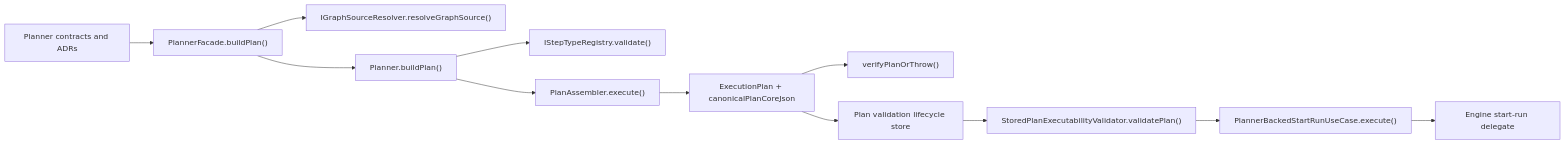
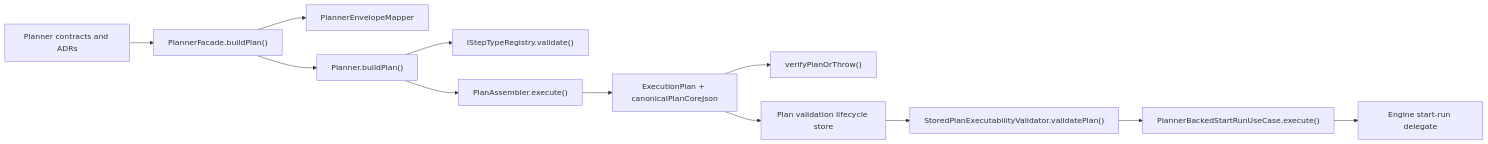
The first of 3 diagrams in docs/planning/status/planner-current-state-assessment.md (dunay2/dvt), drawn with Mermaid before and after one commit. The commit also changed other lines of this file and 46 other files, not shown here.

Commit message:
refactor(planner): Hard-cut runtime ingress to canonical graphSource

````diff
--- a/docs/planning/status/planner-current-state-assessment.md
+++ b/docs/planning/status/planner-current-state-assessment.md
@@ -54,14 +54,14 @@
 ```mermaid
 flowchart LR
     Contracts["Planner contracts and ADRs"] --> Facade["PlannerFacade.buildPlan()"]
-    Facade --> Resolver["IGraphSourceResolver.resolveGraphSource()"]
+    Facade --> Mapper["PlannerEnvelopeMapper"]
     Facade --> Core["Planner.buildPlan()"]
     Core --> Registry["IStepTypeRegistry.validate()"]
     Core --> Assembler["PlanAssembler.execute()"]
     Assembler --> Plan["ExecutionPlan + canonicalPlanCoreJson"]
     Plan --> Verifier["verifyPlanOrThrow()"]
     Plan --> Store["Plan validation lifecycle store"]
     Store --> Admission["StoredPlanExecutabilityValidator.validatePlan()"]
     Admission --> StartRun["PlannerBackedStartRunUseCase.execute()"]
     StartRun --> Engine["Engine start-run delegate"]
 ```
````
